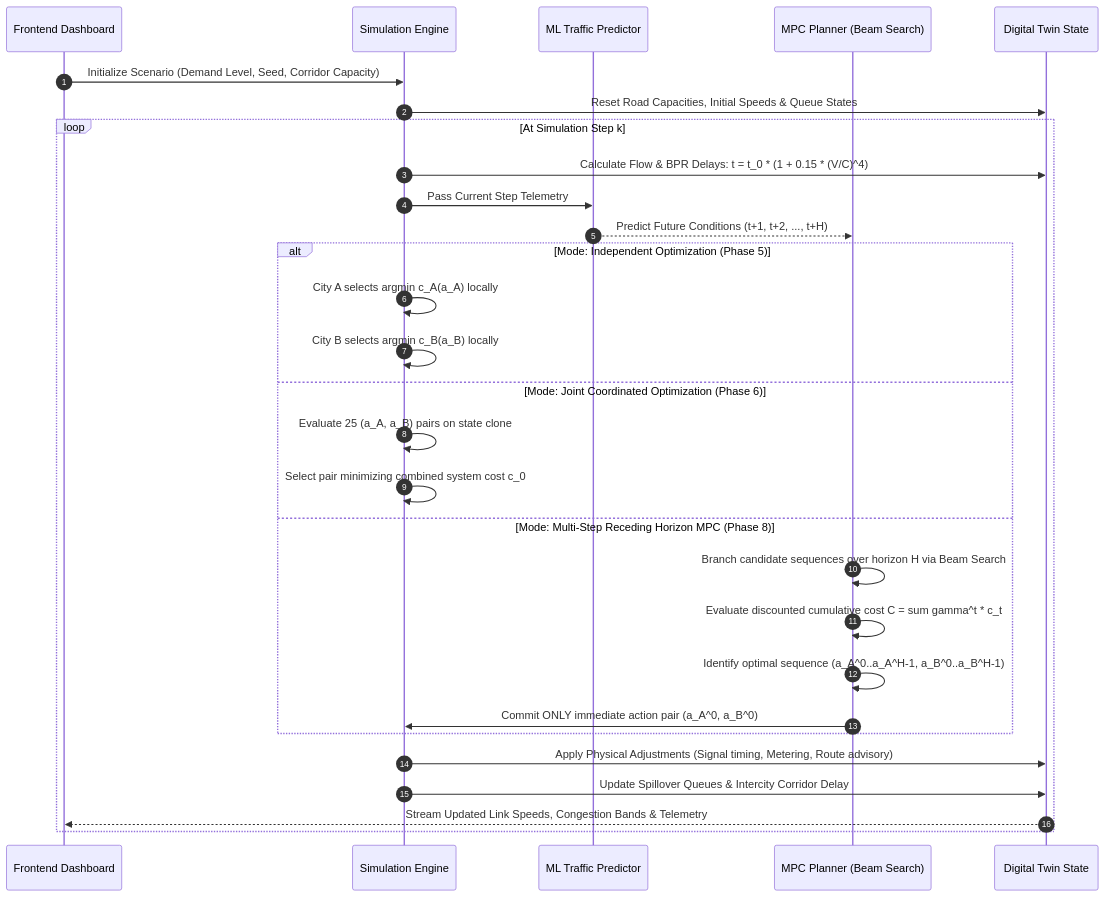
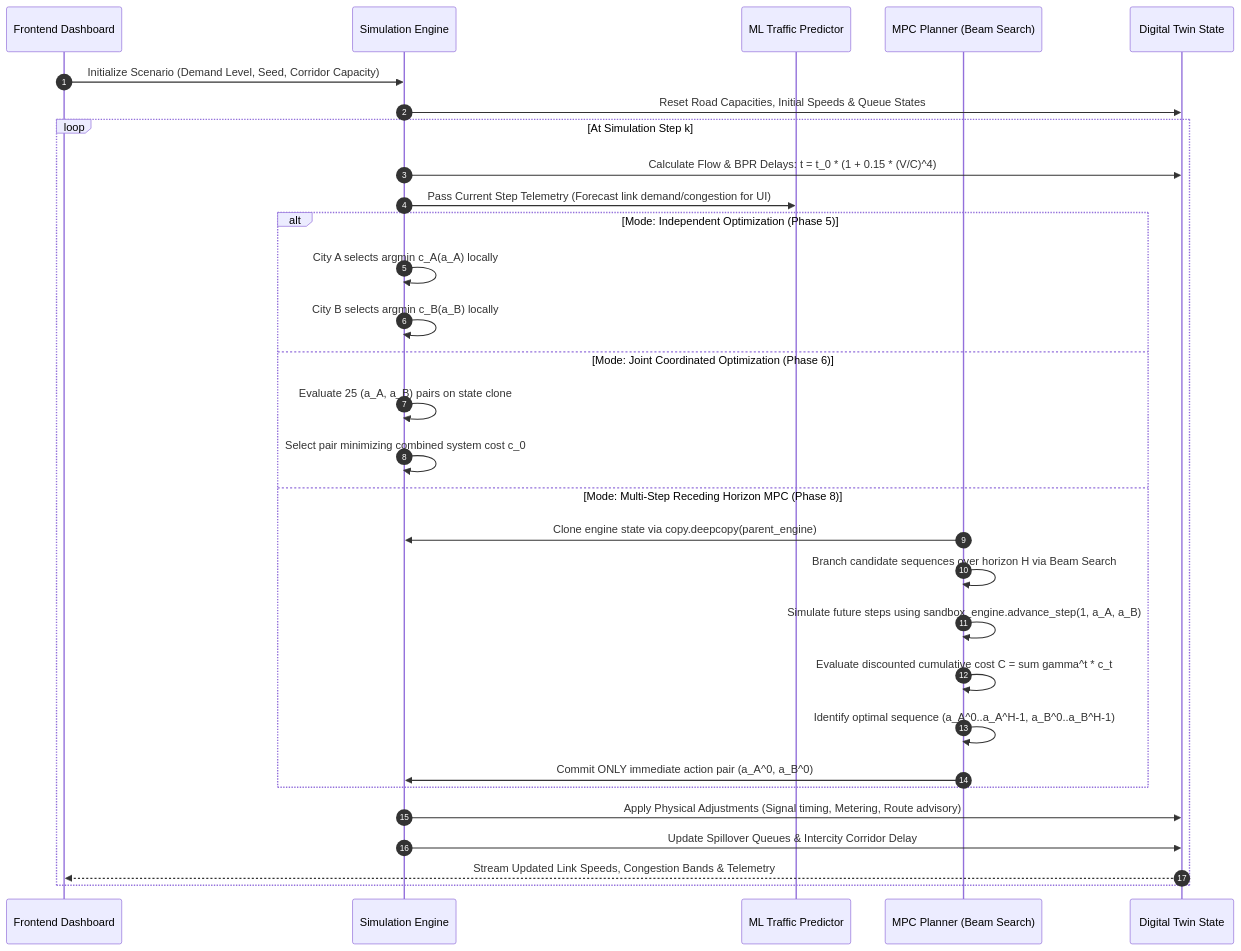
The second of 4 diagrams in docs/ARCHITECTURE_AND_WORKFLOWS.md (Manoj182191/Ai-Driven-Twin-Cities-optimizition-), drawn with Mermaid before and after one commit. The commit also changed 4 other files, not shown here.

````diff
--- a/docs/ARCHITECTURE_AND_WORKFLOWS.md
+++ b/docs/ARCHITECTURE_AND_WORKFLOWS.md
@@ -94,35 +94,36 @@
 ```mermaid
 sequenceDiagram
     autonumber
     participant Client as Frontend Dashboard
     participant Engine as Simulation Engine
     participant ML as ML Traffic Predictor
     participant MPC as MPC Planner (Beam Search)
     participant Twin as Digital Twin State
 
     Client->>Engine: Initialize Scenario (Demand Level, Seed, Corridor Capacity)
     Engine->>Twin: Reset Road Capacities, Initial Speeds & Queue States
     
     loop At Simulation Step k
         Engine->>Twin: Calculate Flow & BPR Delays: t = t_0 * (1 + 0.15 * (V/C)^4)
-        Engine->>ML: Pass Current Step Telemetry
-        ML-->>MPC: Predict Future Conditions (t+1, t+2, ..., t+H)
+        Engine->>ML: Pass Current Step Telemetry (Forecast link demand/congestion for UI)
         
         alt Mode: Independent Optimization (Phase 5)
             Engine->>Engine: City A selects argmin c_A(a_A) locally
             Engine->>Engine: City B selects argmin c_B(a_B) locally
         else Mode: Joint Coordinated Optimization (Phase 6)
             Engine->>Engine: Evaluate 25 (a_A, a_B) pairs on state clone
             Engine->>Engine: Select pair minimizing combined system cost c_0
         else Mode: Multi-Step Receding Horizon MPC (Phase 8)
+            MPC->>Engine: Clone engine state via copy.deepcopy(parent_engine)
             MPC->>MPC: Branch candidate sequences over horizon H via Beam Search
+            MPC->>MPC: Simulate future steps using sandbox_engine.advance_step(1, a_A, a_B)
             MPC->>MPC: Evaluate discounted cumulative cost C = sum gamma^t * c_t
             MPC->>MPC: Identify optimal sequence (a_A^0..a_A^H-1, a_B^0..a_B^H-1)
             MPC->>Engine: Commit ONLY immediate action pair (a_A^0, a_B^0)
         end
         
         Engine->>Twin: Apply Physical Adjustments (Signal timing, Metering, Route advisory)
         Engine->>Twin: Update Spillover Queues & Intercity Corridor Delay
         Twin-->>Client: Stream Updated Link Speeds, Congestion Bands & Telemetry
     end
 ```
````
